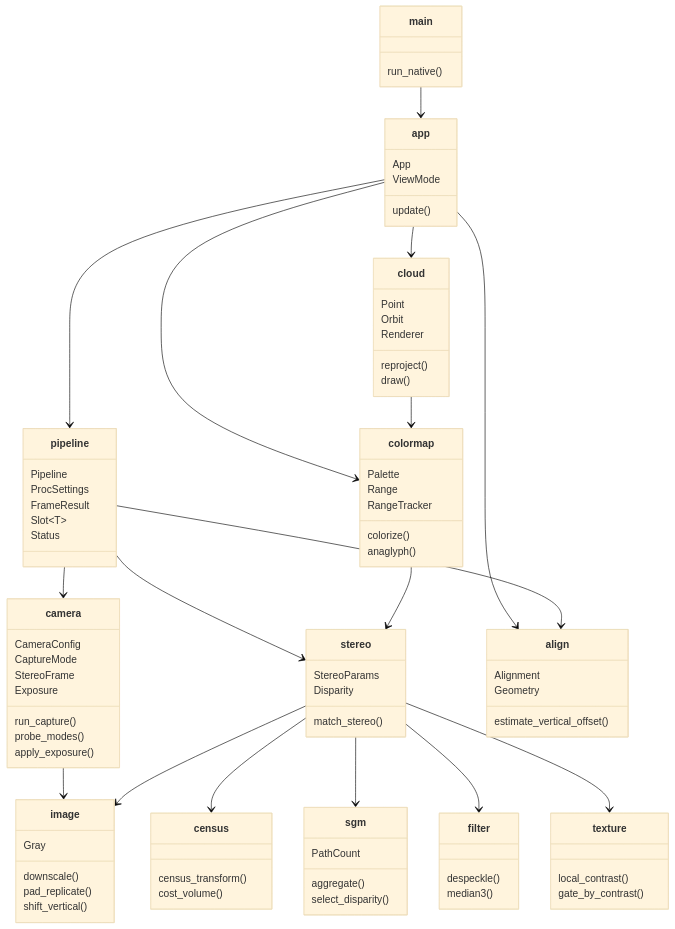
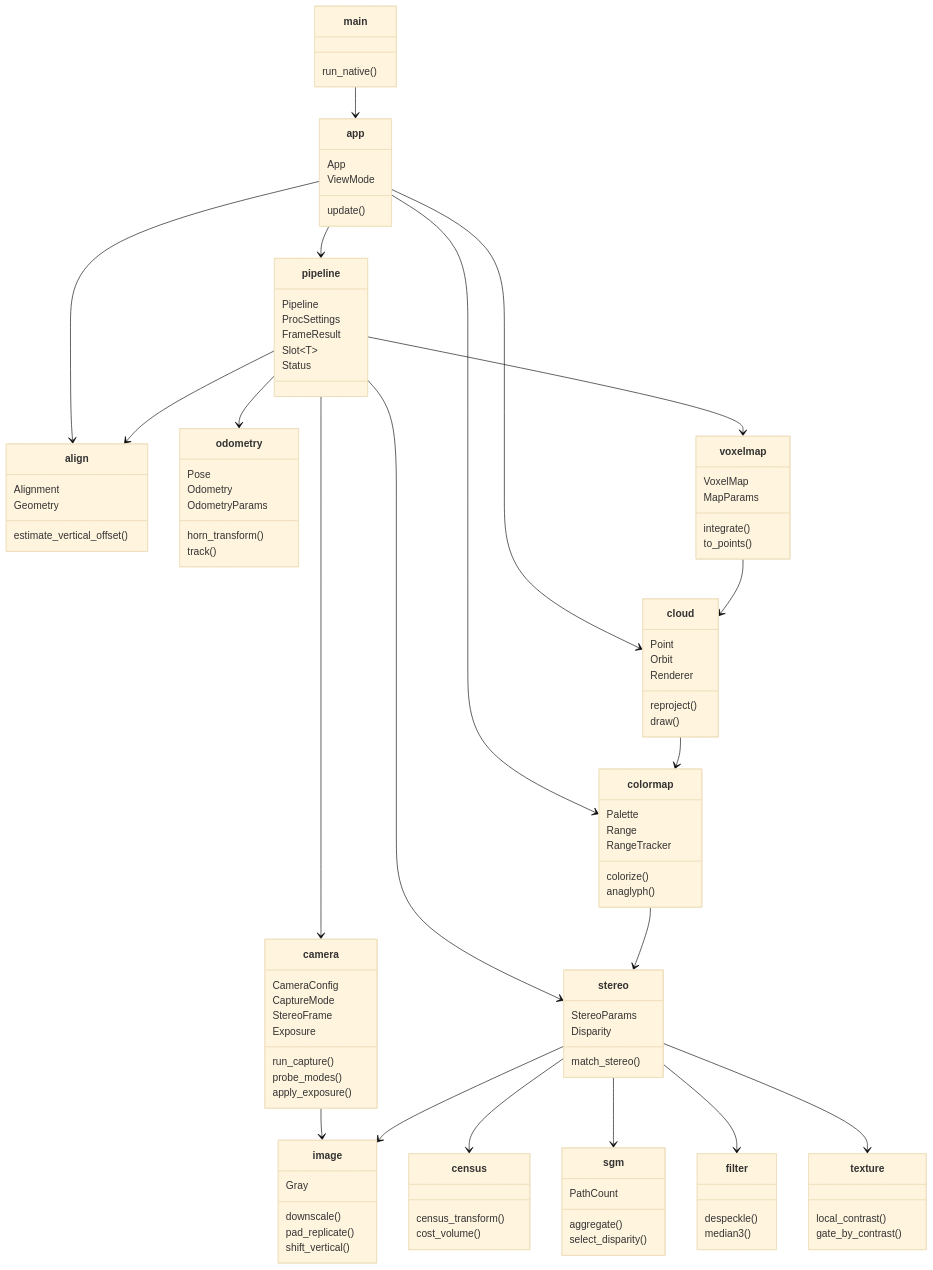
Before and after one commit to tmpk13/binocular-camera: the second of 3 diagrams in ARCHITECTURE.md, drawn with Mermaid (base theme). The commit also changed other lines of this file and 9 other files, not shown here.

First line of the commit message:
Add visual odometry and a probabilistic voxel map

```diff
--- a/ARCHITECTURE.md
+++ b/ARCHITECTURE.md
@@ -96,6 +99,19 @@
         Geometry
         estimate_vertical_offset()
     }
+    class odometry {
+        Pose
+        Odometry
+        OdometryParams
+        horn_transform()
+        track()
+    }
+    class voxelmap {
+        VoxelMap
+        MapParams
+        integrate()
+        to_points()
+    }
     class cloud {
         Point
         Orbit
@@ -125,6 +141,9 @@
     app --> align
     pipeline --> camera
     pipeline --> stereo
+    pipeline --> odometry
+    pipeline --> voxelmap
+    voxelmap --> cloud
     pipeline --> align
     stereo --> census
     stereo --> sgm
```
